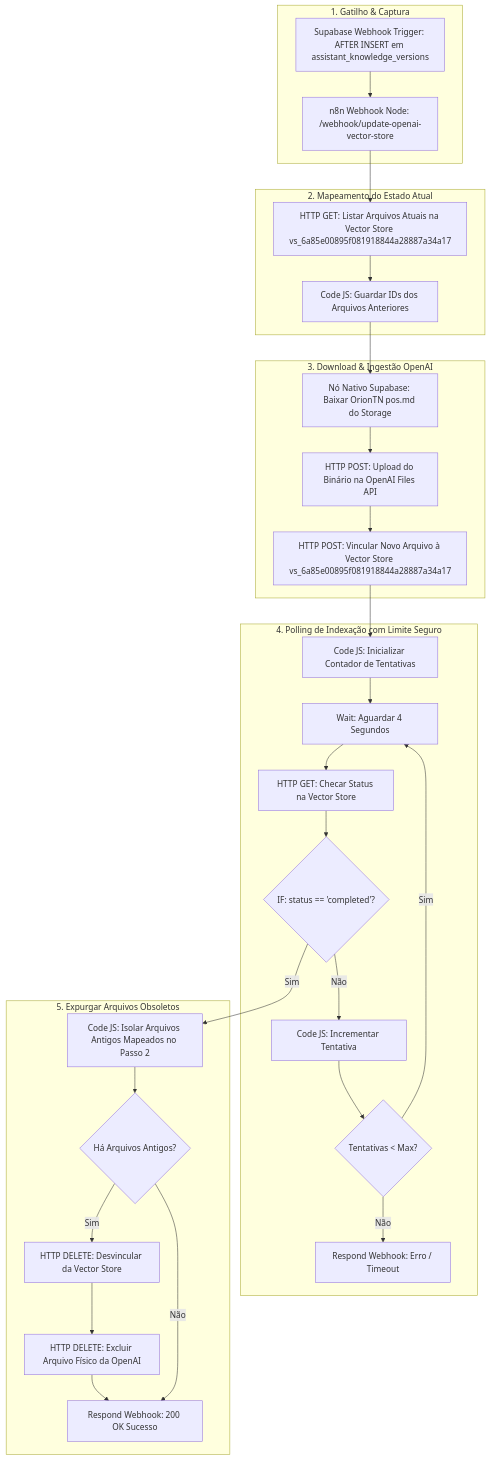
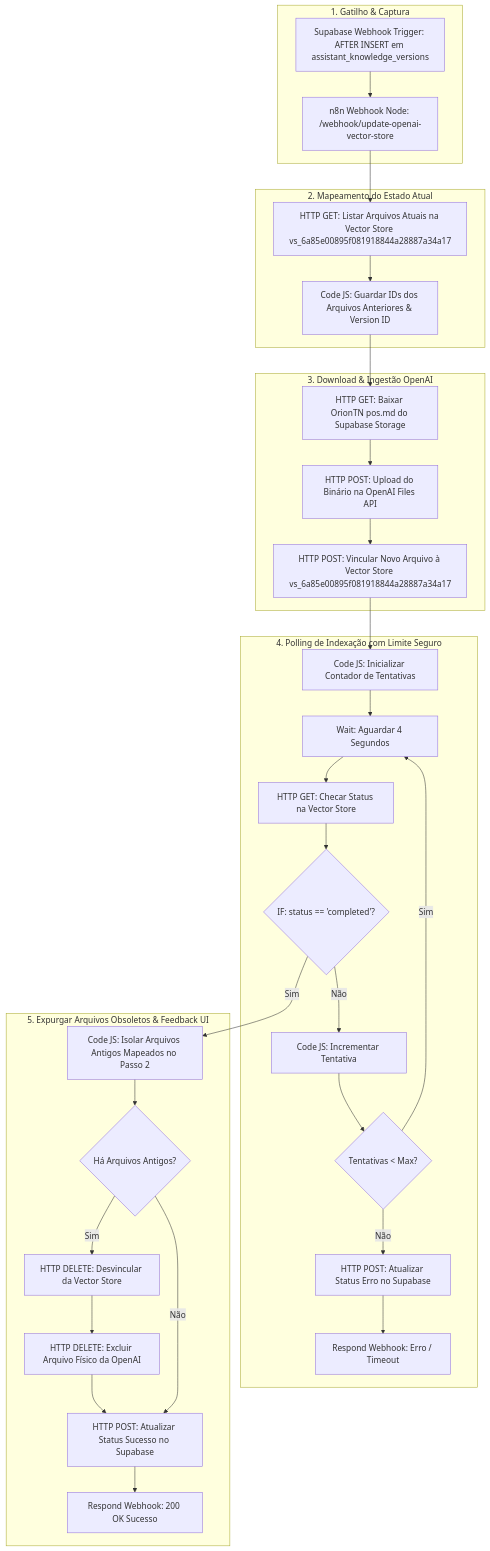
Before and after one commit to marcusvpo/siplan-hub: the diagram in docs/automacoes/sincronizacao_vector_store_openai.md, drawn with Mermaid. The commit also changed other lines of this file and 7 other files, not shown here.

Commit message:
feat: implement knowledge base synchronization with OpenAI Vector Store and add real-time status tracking UI

````diff
--- a/docs/automacoes/sincronizacao_vector_store_openai.md
+++ b/docs/automacoes/sincronizacao_vector_store_openai.md
@@ -28,37 +28,39 @@
 ```mermaid
 flowchart TD
     subgraph Trigger [1. Gatilho & Captura]
         A[Supabase Webhook Trigger: AFTER INSERT em assistant_knowledge_versions] --> B[n8n Webhook Node: /webhook/update-openai-vector-store]
     end
 
     subgraph Discovery [2. Mapeamento do Estado Atual]
         B --> C[HTTP GET: Listar Arquivos Atuais na Vector Store vs_6a85e00895f081918844a28887a34a17]
-        C --> D[Code JS: Guardar IDs dos Arquivos Anteriores]
+        C --> D[Code JS: Guardar IDs dos Arquivos Anteriores & Version ID]
     end
 
     subgraph Ingestion [3. Download & Ingestão OpenAI]
-        D --> E[Nó Nativo Supabase: Baixar OrionTN pos.md do Storage]
+        D --> E[HTTP GET: Baixar OrionTN pos.md do Supabase Storage]
         E --> F[HTTP POST: Upload do Binário na OpenAI Files API]
         F --> G[HTTP POST: Vincular Novo Arquivo à Vector Store vs_6a85e00895f081918844a28887a34a17]
     end
 
     subgraph ZeroDowntimeLoop [4. Polling de Indexação com Limite Seguro]
         G --> H[Code JS: Inicializar Contador de Tentativas]
         H --> I[Wait: Aguardar 4 Segundos]
         I --> J[HTTP GET: Checar Status na Vector Store]
         J --> K{IF: status == 'completed'?}
         K -- Não --> L[Code JS: Incrementar Tentativa]
         L --> M{Tentativas < Max?}
         M -- Sim --> I
-        M -- Não --> N[Respond Webhook: Erro / Timeout]
+        M -- Não --> N[HTTP POST: Atualizar Status Erro no Supabase]
+        N --> O[Respond Webhook: Erro / Timeout]
     end
 
-    subgraph Cleanup [5. Expurgar Arquivos Obsoletos]
-        K -- Sim --> O[Code JS: Isolar Arquivos Antigos Mapeados no Passo 2]
-        O --> P{Há Arquivos Antigos?}
-        P -- Sim --> Q[HTTP DELETE: Desvincular da Vector Store]
-        Q --> R[HTTP DELETE: Excluir Arquivo Físico da OpenAI]
-        R --> S[Respond Webhook: 200 OK Sucesso]
-        P -- Não --> S
+    subgraph Cleanup [5. Expurgar Arquivos Obsoletos & Feedback UI]
+        K -- Sim --> P[Code JS: Isolar Arquivos Antigos Mapeados no Passo 2]
+        P --> Q{Há Arquivos Antigos?}
+        Q -- Sim --> R[HTTP DELETE: Desvincular da Vector Store]
+        R --> S[HTTP DELETE: Excluir Arquivo Físico da OpenAI]
+        S --> T[HTTP POST: Atualizar Status Sucesso no Supabase]
+        Q -- Não --> T
+        T --> U[Respond Webhook: 200 OK Sucesso]
     end
 ```
````
